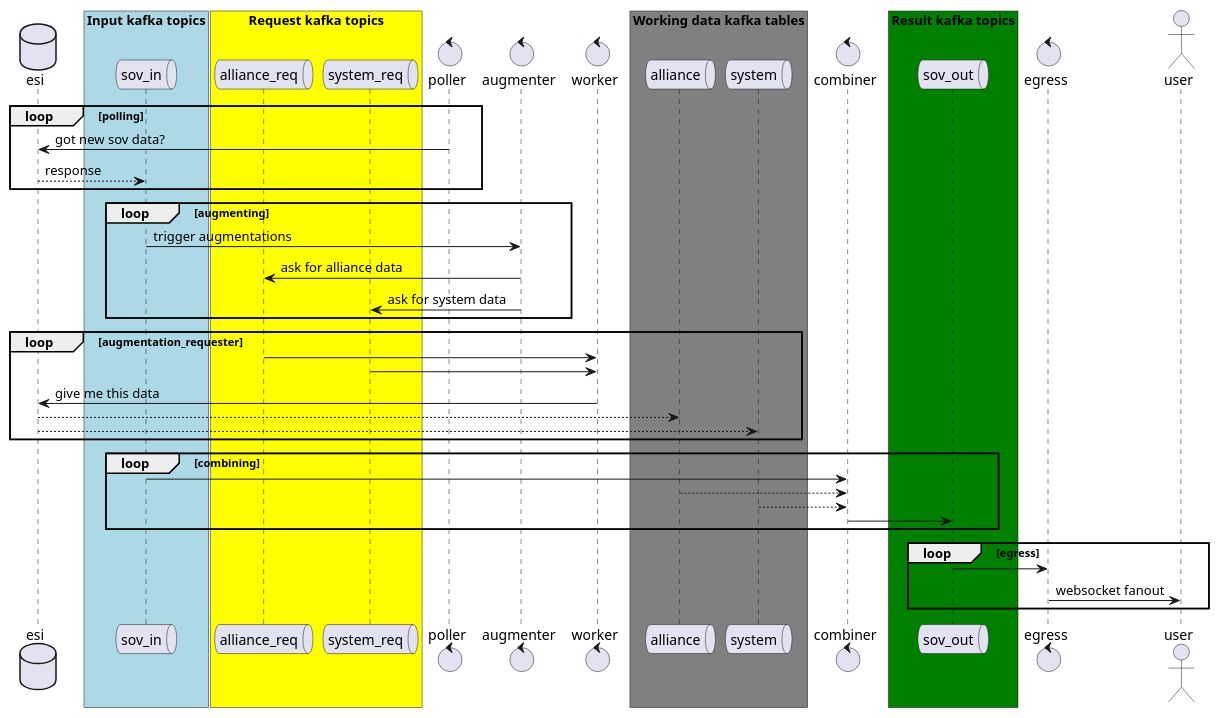
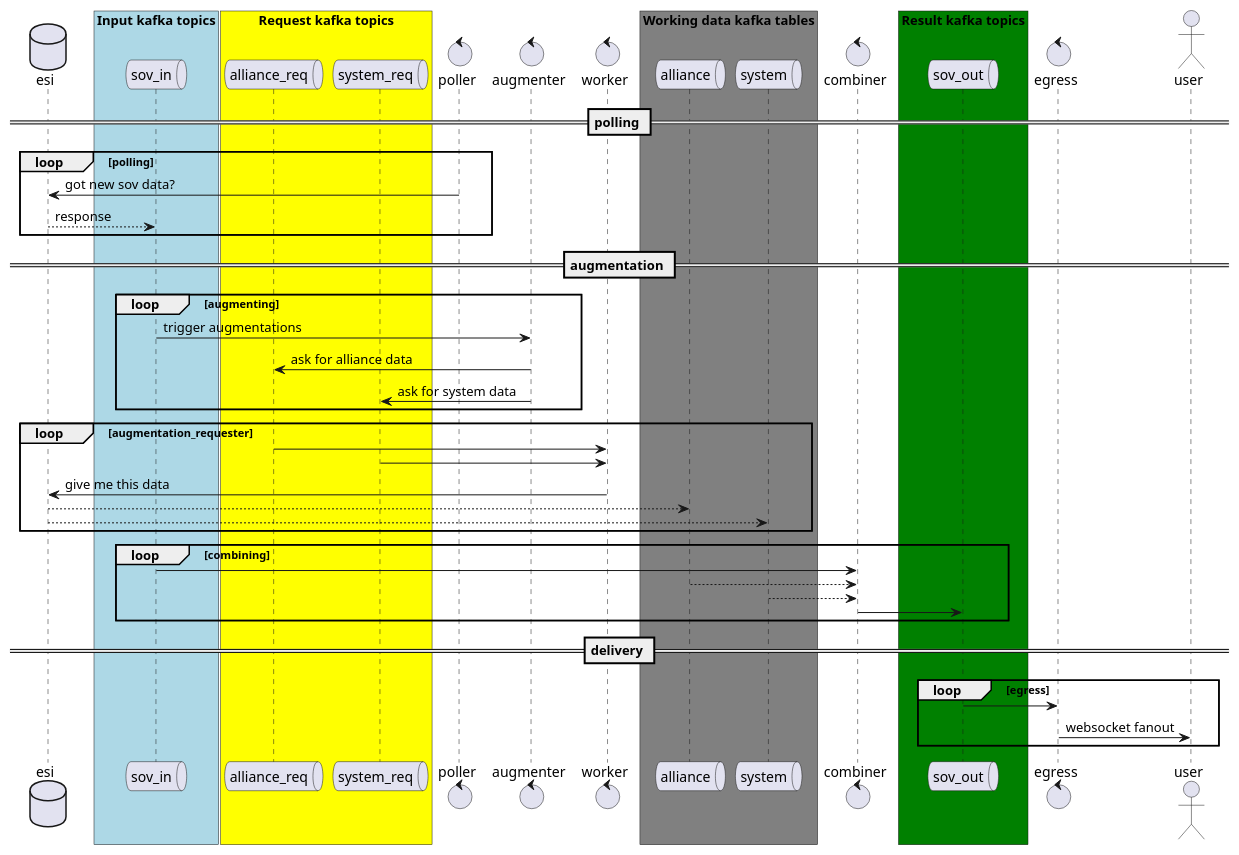
One commit to andimiller/timerboard-net-backend-kafka changed the diagram in docs/architecture.md. Above: the diagram before and after it, drawn with PlantUML.

Commit message:
add some headers

```diff
--- a/docs/architecture.md
+++ b/docs/architecture.md
@@ -7,67 +7,73 @@
 @startuml
 
 database esi
 
 box "Input kafka topics" #LightBlue
 queue sov_in
 end box
 
 box "Request kafka topics" #Yellow
 queue alliance_req
 queue system_req
 end box
 
 
 control poller
 control augmenter
 
 control worker
 box "Working data kafka tables" #Grey
 queue alliance
 queue system
 end box
 
 control combiner
 
 box "Result kafka topics" #Green
 queue sov_out
 end box
 
 
 control egress
 
 actor user
 
+== polling ==
 
 loop polling
 poller -> esi: got new sov data?
 esi --> sov_in : response
 end
 
+== augmentation ==
+
 loop augmenting
 sov_in -> augmenter : trigger augmentations
 augmenter -> alliance_req: ask for alliance data
 augmenter -> system_req: ask for system data 
 end
+
 
 loop augmentation_requester
 worker <- alliance_req
 worker <- system_req
 worker -> esi: give me this data
 esi --> alliance
 esi --> system
 end
 
 loop combining
 sov_in -> combiner
 alliance --> combiner
 system --> combiner
 combiner -> sov_out
 end
 
+== delivery ==
+
 loop egress
 sov_out -> egress
 egress -> user: websocket fanout
 end
 
 @enduml
```
